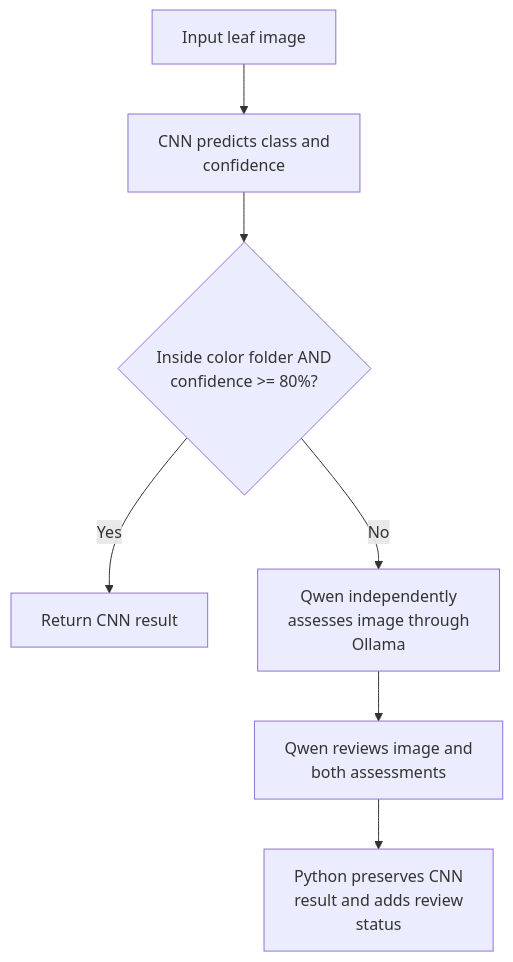
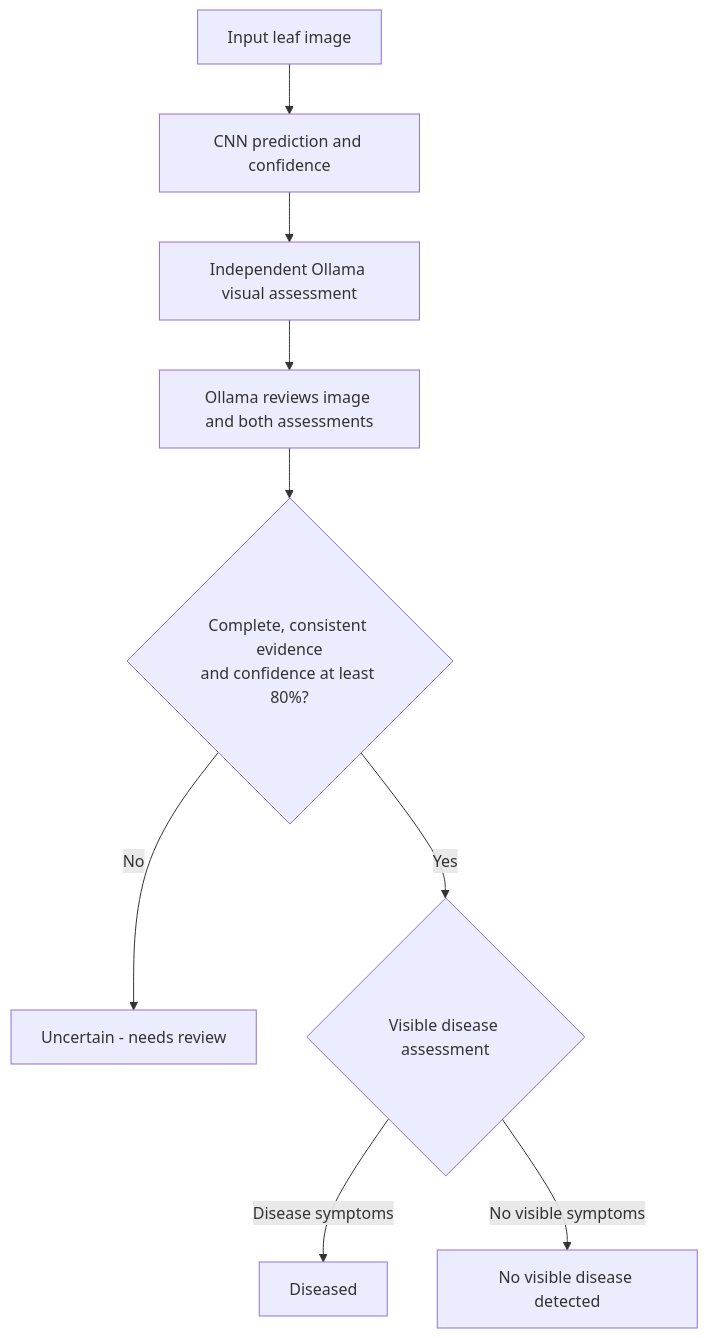
The diagram in README.md (prokashghosh996-png/LeafLens), drawn with Mermaid before and after one commit. The commit also changed other lines of this file and 3 other files, not shown here.

Commit message:
Enhance health assessment logic and update README for clarity on visual review process

````diff
--- a/README.md
+++ b/README.md
@@ -61,9 +74,11 @@
 ```mermaid
 flowchart TD
-    A["Input leaf image"] --> B["CNN predicts class and<br/>confidence"]
-    B --> C{"Inside color folder AND<br/>confidence >= 80%?"}
-    C -->|Yes| D["Return CNN result"]
-    C -->|No| E["Qwen independently<br/>assesses image through<br/>Ollama"]
-    E --> F["Qwen reviews image and<br/>both assessments"]
-    F --> G["Python preserves CNN<br/>result and adds review<br/>status"]
+    A["Input leaf image"] --> B["CNN prediction and confidence"]
+    B --> C["Independent Ollama visual assessment"]
+    C --> D["Ollama reviews image and both assessments"]
+    D --> E{"Complete, consistent evidence<br/>and confidence at least 80%?"}
+    E -->|No| F["Uncertain - needs review"]
+    E -->|Yes| G{"Visible disease assessment"}
+    G -->|Disease symptoms| H["Diseased"]
+    G -->|No visible symptoms| I["No visible disease detected"]
 ```
````
